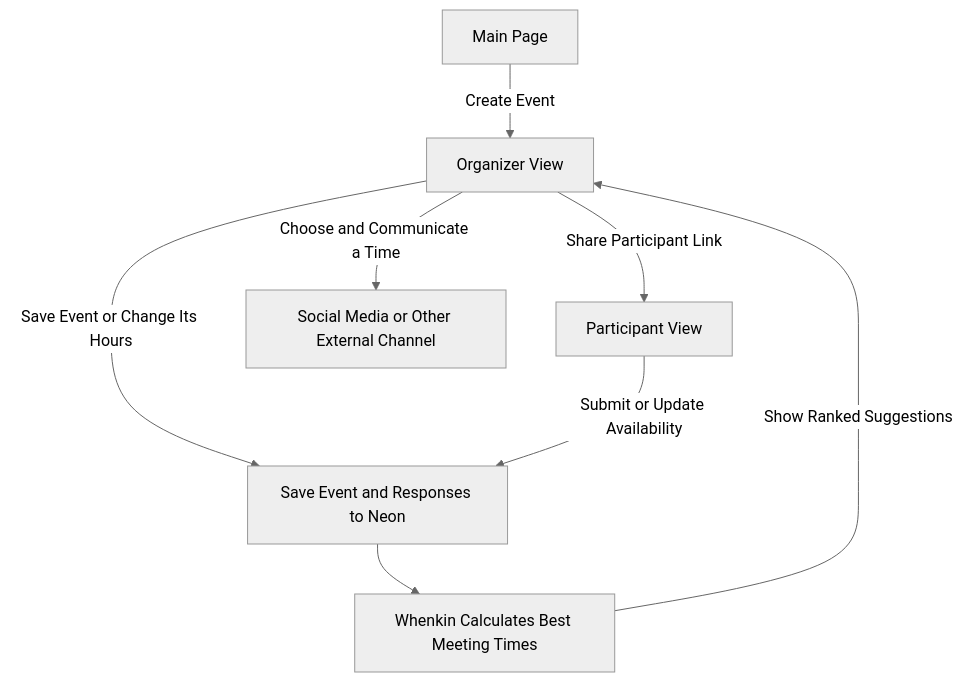
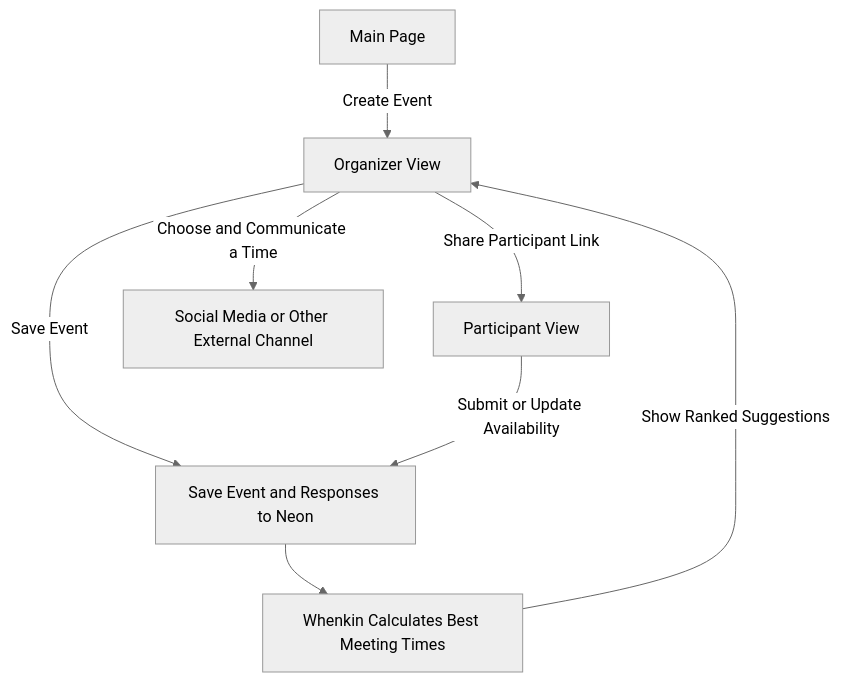
Before and after one commit to jimmy181211/whenkin: the first of 2 diagrams in README.md, drawn with Mermaid (neutral theme). The commit also changed other lines of this file and 19 other files, not shown here.

````diff
--- a/README.md
+++ b/README.md
@@ -9,10 +9,10 @@
 ```mermaid
 flowchart TD
   H["Main Page"] -->|"Create Event"| O["Organizer View"]
   O -->|"Share Participant Link"| P["Participant View"]
-  O -->|"Save Event or Change Its Hours"| N["Save Event and Responses to Neon"]
+  O -->|"Save Event"| N["Save Event and Responses to Neon"]
   P -->|"Submit or Update Availability"| N
   N --> C["Whenkin Calculates Best Meeting Times"]
   C -->|"Show Ranked Suggestions"| O
   O -->|"Choose and Communicate a Time"| F["Social Media or Other External Channel"]
 ```
````
